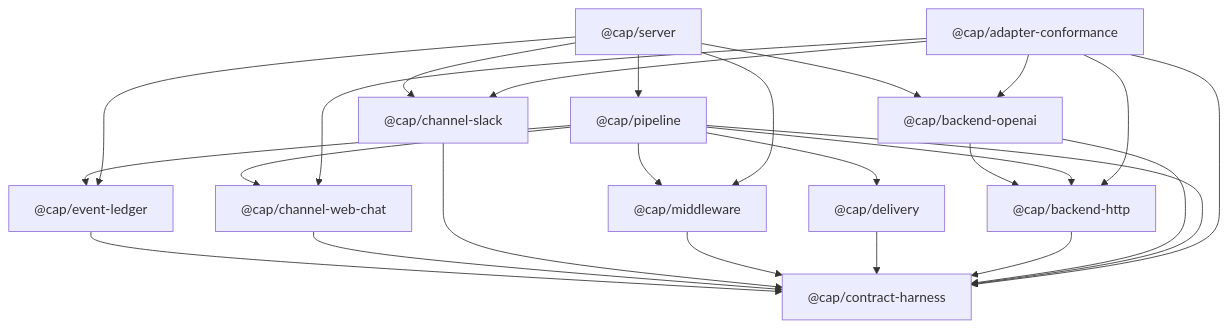
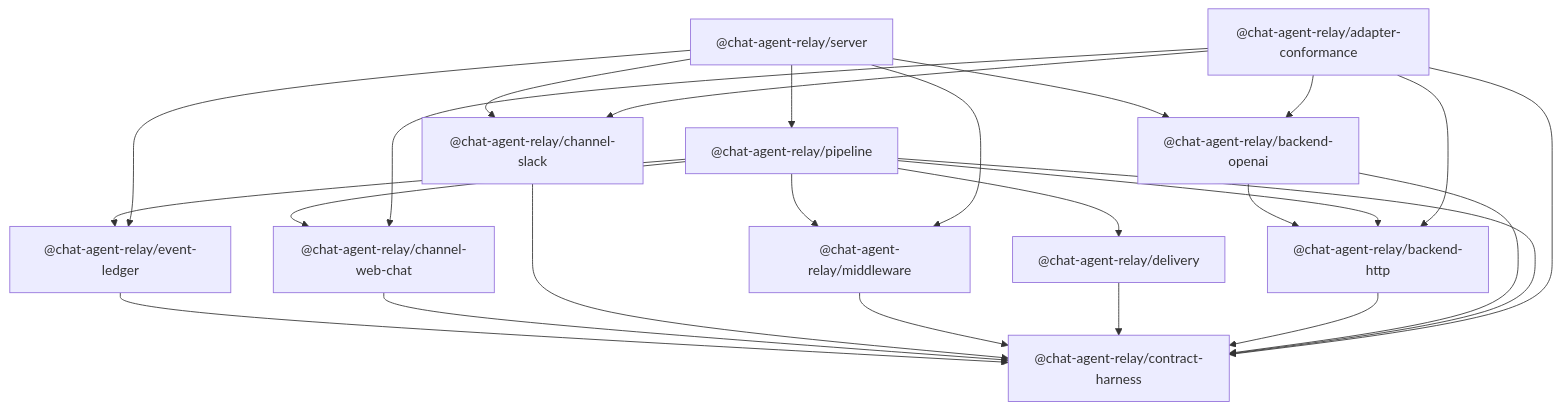
One commit to ChatAgentRelay/ChatAgentRelay changed the third of 5 diagrams in docs/architecture.md. Above: the diagram before and after it, drawn with Mermaid. The commit also changed other lines of this file and 157 other files, not shown here.

````diff
--- a/docs/architecture.md
+++ b/docs/architecture.md
@@ -88,43 +88,43 @@
 ```mermaid
 graph TD
-  CH["@cap/contract-harness"]
+  CH["@chat-agent-relay/contract-harness"]
 
-  EL["@cap/event-ledger"]
-  CWC["@cap/channel-web-chat"]
-  CS["@cap/channel-slack"]
-  MW["@cap/middleware"]
-  DEL["@cap/delivery"]
-  BH["@cap/backend-http"]
-  BO["@cap/backend-openai"]
-  PL["@cap/pipeline"]
-  SR["@cap/server"]
-  AC["@cap/adapter-conformance"]
+  EL["@chat-agent-relay/event-ledger"]
+  CWC["@chat-agent-relay/channel-web-chat"]
+  CS["@chat-agent-relay/channel-slack"]
+  MW["@chat-agent-relay/middleware"]
+  DEL["@chat-agent-relay/delivery"]
+  BH["@chat-agent-relay/backend-http"]
+  BO["@chat-agent-relay/backend-openai"]
+  PL["@chat-agent-relay/pipeline"]
+  SR["@chat-agent-relay/server"]
+  AC["@chat-agent-relay/adapter-conformance"]
 
   EL --> CH
   CWC --> CH
   CS --> CH
   MW --> CH
   DEL --> CH
   BH --> CH
   BO --> CH
   BO --> BH
 
   PL --> CH
   PL --> CWC
   PL --> MW
   PL --> BH
   PL --> DEL
   PL --> EL
 
   SR --> PL
   SR --> CS
   SR --> BO
   SR --> EL
   SR --> MW
 
   AC --> CH
   AC --> BH
   AC --> BO
   AC --> CWC
   AC --> CS
 ```
````
